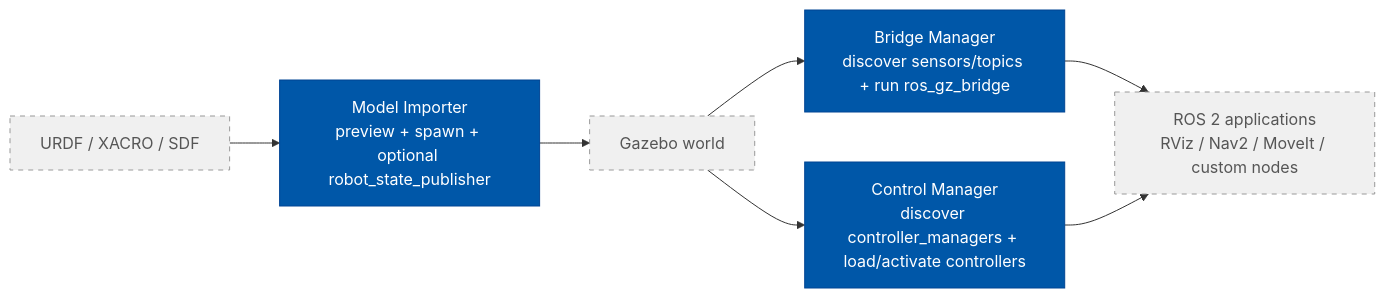
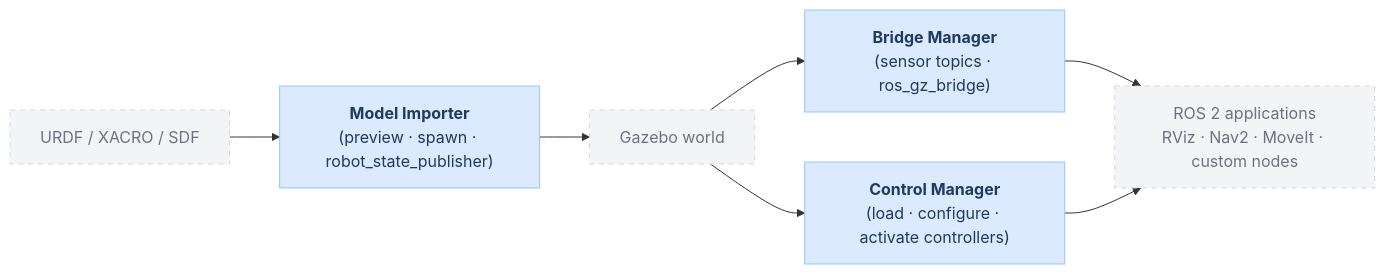
The diagram in README.md (asoriano1/gz_ros2_control_manager), drawn with Mermaid before and after one commit.

Commit message:
docs: restyle mermaid — bold names, pastel colors

````diff
--- a/README.md
+++ b/README.md
@@ -18,15 +18,18 @@
 ```mermaid
 flowchart LR
-  A[URDF / XACRO / SDF] --> B[Model Importer<br/>preview + spawn + optional robot_state_publisher]
+  A[URDF / XACRO / SDF] --> B["`**Model Importer**
+(preview · spawn · robot_state_publisher)`"]
   B --> C[Gazebo world]
-  C --> D[Bridge Manager<br/>discover sensors/topics + run ros_gz_bridge]
-  C --> E[Control Manager<br/>discover controller_managers + load/activate controllers]
-  D --> F[ROS 2 applications<br/>RViz / Nav2 / MoveIt / custom nodes]
+  C --> D["`**Bridge Manager**
+(sensor topics · ros_gz_bridge)`"]
+  C --> E["`**Control Manager**
+(load · configure · activate controllers)`"]
+  D --> F[ROS 2 applications<br/>RViz · Nav2 · MoveIt · custom nodes]
   E --> F
 
-  classDef suite fill:#0057a8,stroke:#004494,color:#ffffff
-  classDef external fill:#f0f0f0,stroke:#999999,color:#555555,stroke-dasharray:5 5
+  classDef suite fill:#dbeafe,stroke:#93c5fd,color:#1e3a5f
+  classDef external fill:#f3f4f6,stroke:#d1d5db,color:#6b7280,stroke-dasharray:5 5
 
   class B,D,E suite
   class A,C,F external
 ```
````
